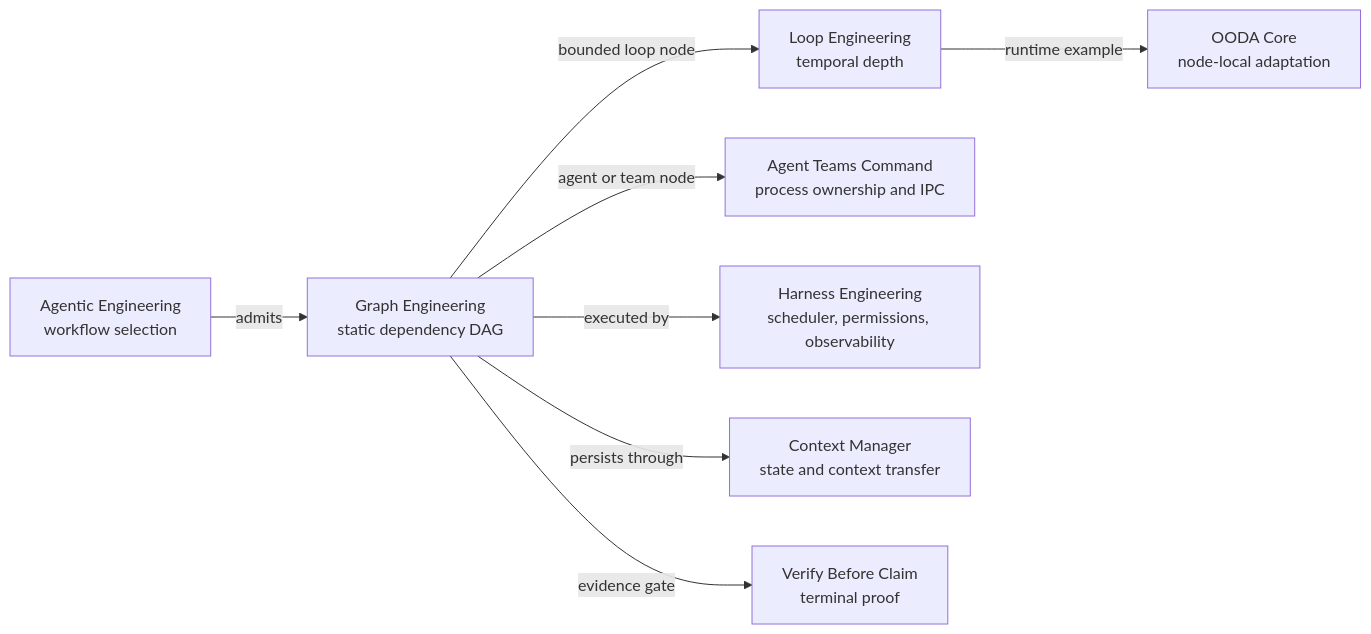
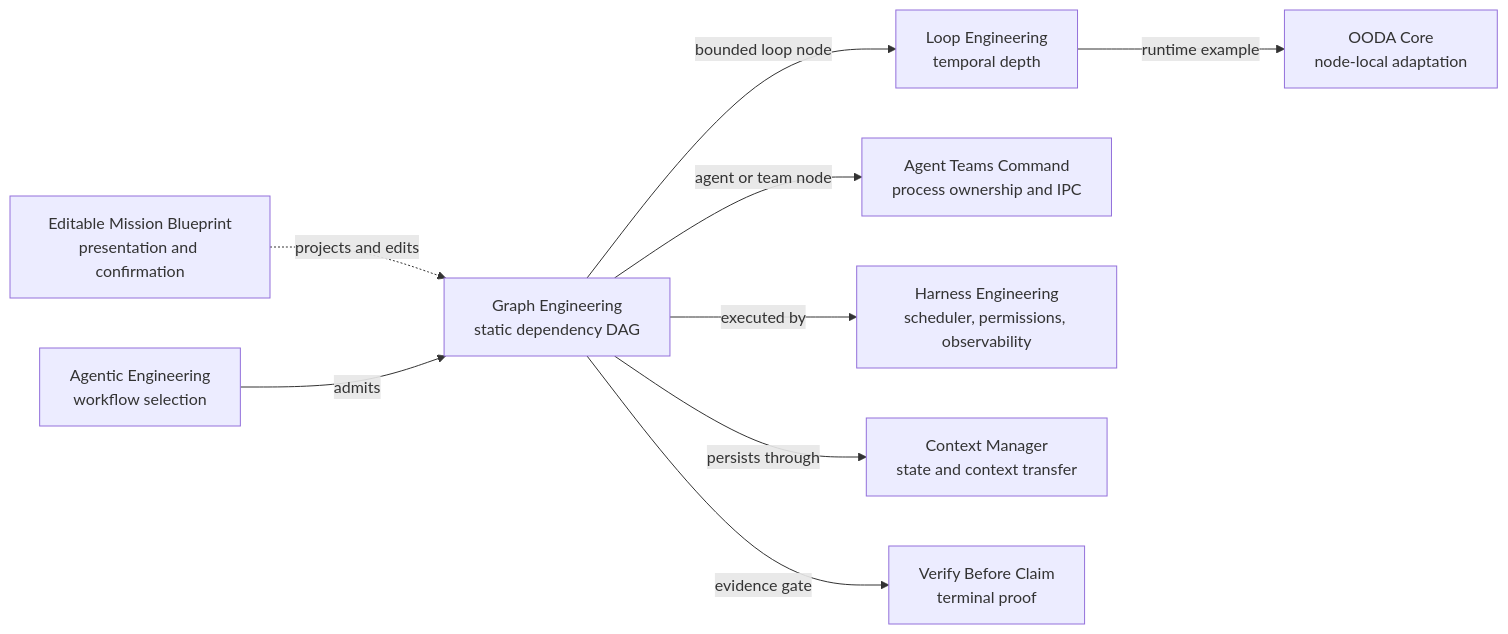
One commit to Mark393295827/graph-engineering-architectures changed the diagram in README.md. Above: the diagram before and after it, drawn with Mermaid. The commit also changed other lines of this file and 21 other files, not shown here.

Commit message:
feat: add web blueprint editor and mission control contracts, update manifest to v1.1.0

````diff
--- a/README.md
+++ b/README.md
@@ -15,10 +37,11 @@
 ```mermaid
 flowchart LR
+    U["Editable Mission Blueprint<br/>presentation and confirmation"] -.->|projects and edits| G
     A["Agentic Engineering<br/>workflow selection"] -->|admits| G["Graph Engineering<br/>static dependency DAG"]
     G -->|bounded loop node| L["Loop Engineering<br/>temporal depth"]
     G -->|agent or team node| T["Agent Teams Command<br/>process ownership and IPC"]
     G -->|executed by| H["Harness Engineering<br/>scheduler, permissions, observability"]
     G -->|persists through| C["Context Manager<br/>state and context transfer"]
     G -->|evidence gate| V["Verify Before Claim<br/>terminal proof"]
     L -->|runtime example| O["OODA Core<br/>node-local adaptation"]
 ```
````
